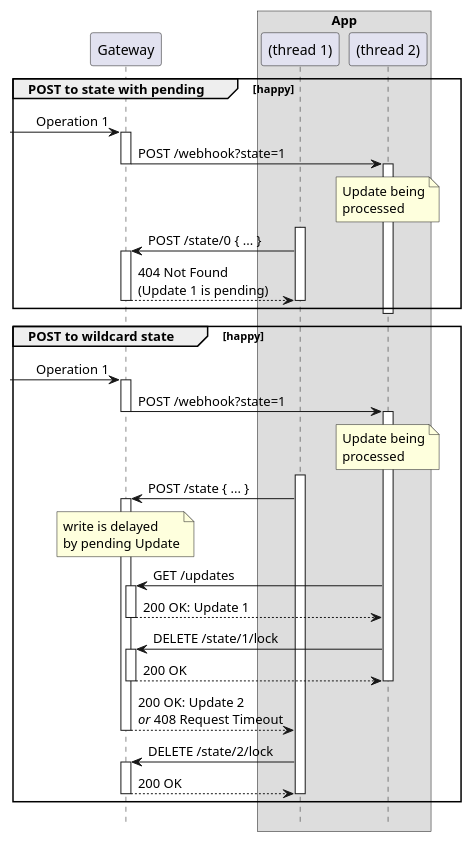
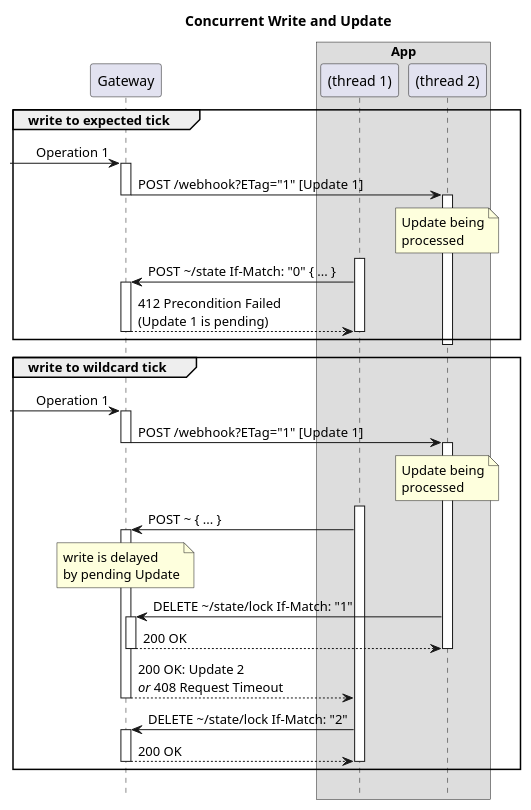
Before and after one commit to m-ld/m-ld-gateway: the diagram in architecture/api/http/5-with-pending.seq.puml, drawn with PlantUML. The commit also changed 27 other files, not shown here.

```diff
--- a/architecture/api/http/5-with-pending.seq.puml
+++ b/architecture/api/http/5-with-pending.seq.puml
@@ -1,45 +1,45 @@
 @startuml
 'https://plantuml.com/sequence-diagram
 !pragma teoz true
 hide footbox
+
+title: Concurrent Write and Update
 
 participant Gateway as gw
 box App
 participant "(thread 1)" as app
 participant "(thread 2)" as app2
 end box
 
-group POST to state with pending [happy]
+group write to expected tick
 -> gw ++: Operation 1
-gw -> app2 ++--: POST /webhook?state=1
+gw -> app2 ++--: POST /webhook?ETag="1" [Update 1]
 note over app2: Update being\nprocessed
 activate app
-app -> gw ++: POST /state/0 { ... }
-return 404 Not Found\n(Update 1 is pending)
+app -> gw ++: POST \~/state If-Match: "0" { ... }
+return 412 Precondition Failed\n(Update 1 is pending)
 deactivate app
 deactivate app2
 end group
 
-group POST to wildcard state [happy]
+group write to wildcard tick
 -> gw ++: Operation 1
-gw -> app2 ++--: POST /webhook?state=1
+gw -> app2 ++--: POST /webhook?ETag="1" [Update 1]
 note over app2: Update being\nprocessed
 activate app
-app -> gw ++: POST /state { ... }
+app -> gw ++: POST \~ { ... }
 note over gw
 write is delayed
 by pending Update
 end note
-app2 -> gw ++: GET /updates
-return 200 OK: Update 1
-app2 -> gw ++: DELETE /state/1/lock
+app2 -> gw ++: DELETE \~/state/lock If-Match: "1"
 return 200 OK
 deactivate app2
 gw --> app: 200 OK: Update 2\n//or// 408 Request Timeout
 deactivate gw
-app -> gw ++: DELETE /state/2/lock
+app -> gw ++: DELETE \~/state/lock If-Match: "2"
 return 200 OK
 deactivate app
 end group
 
 @enduml
```
